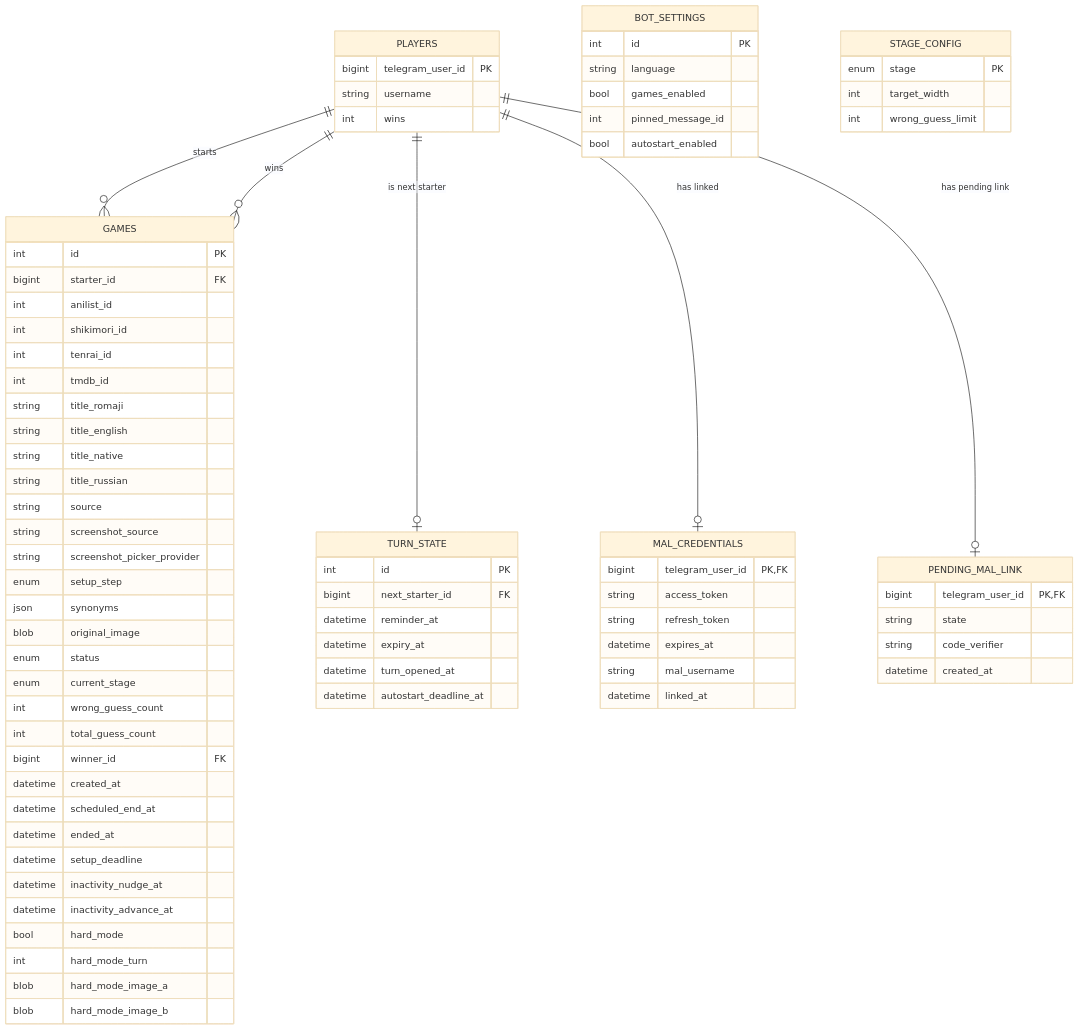
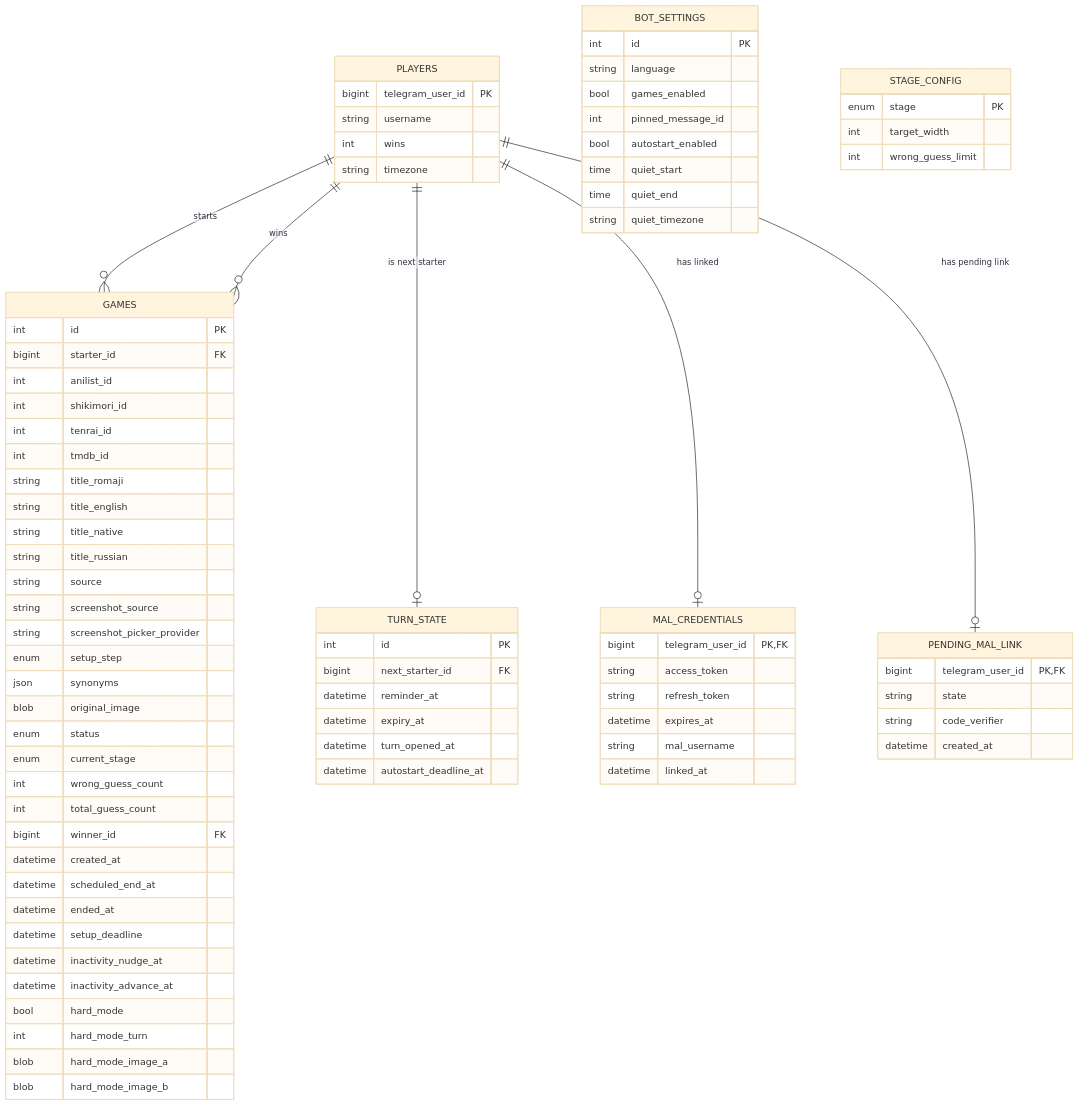
The second of 2 diagrams in ARCHITECTURE.md (sm-steel/nani-pix-bot), drawn with Mermaid (base theme) before and after one commit. The commit also changed other lines of this file and 1 other file, not shown here.

Commit message:
docs: document quiet hours (#188)

```diff
--- a/ARCHITECTURE.md
+++ b/ARCHITECTURE.md
@@ -604,6 +618,7 @@
         bigint telegram_user_id PK
         string username
         int wins
+        string timezone
     }
     GAMES {
         int id PK
@@ -652,6 +667,9 @@
         bool games_enabled
         int pinned_message_id
         bool autostart_enabled
+        time quiet_start
+        time quiet_end
+        string quiet_timezone
     }
     STAGE_CONFIG {
         enum stage PK
```
